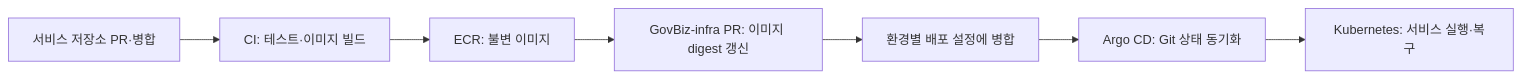
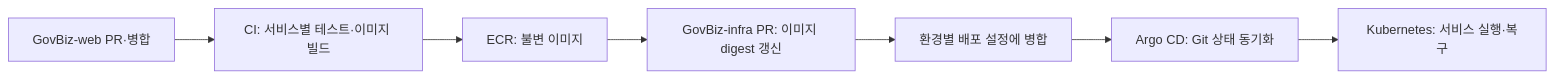
Before and after one commit to GovBiz-Team/GovBiz-infra: the diagram in docs/msa-kubernetes-argocd-plan.md, drawn with Mermaid. The commit also changed other lines of this file and 15 other files, not shown here.

````diff
--- a/docs/msa-kubernetes-argocd-plan.md
+++ b/docs/msa-kubernetes-argocd-plan.md
@@ -98,9 +101,9 @@
 ```mermaid
 flowchart LR
-    A["서비스 저장소 PR·병합"] --> B["CI: 테스트·이미지 빌드"]
+    A["GovBiz-web PR·병합"] --> B["CI: 서비스별 테스트·이미지 빌드"]
     B --> C["ECR: 불변 이미지"]
     C --> D["GovBiz-infra PR: 이미지 digest 갱신"]
     D --> E["환경별 배포 설정에 병합"]
     E --> F["Argo CD: Git 상태 동기화"]
     F --> G["Kubernetes: 서비스 실행·복구"]
 ```
````
